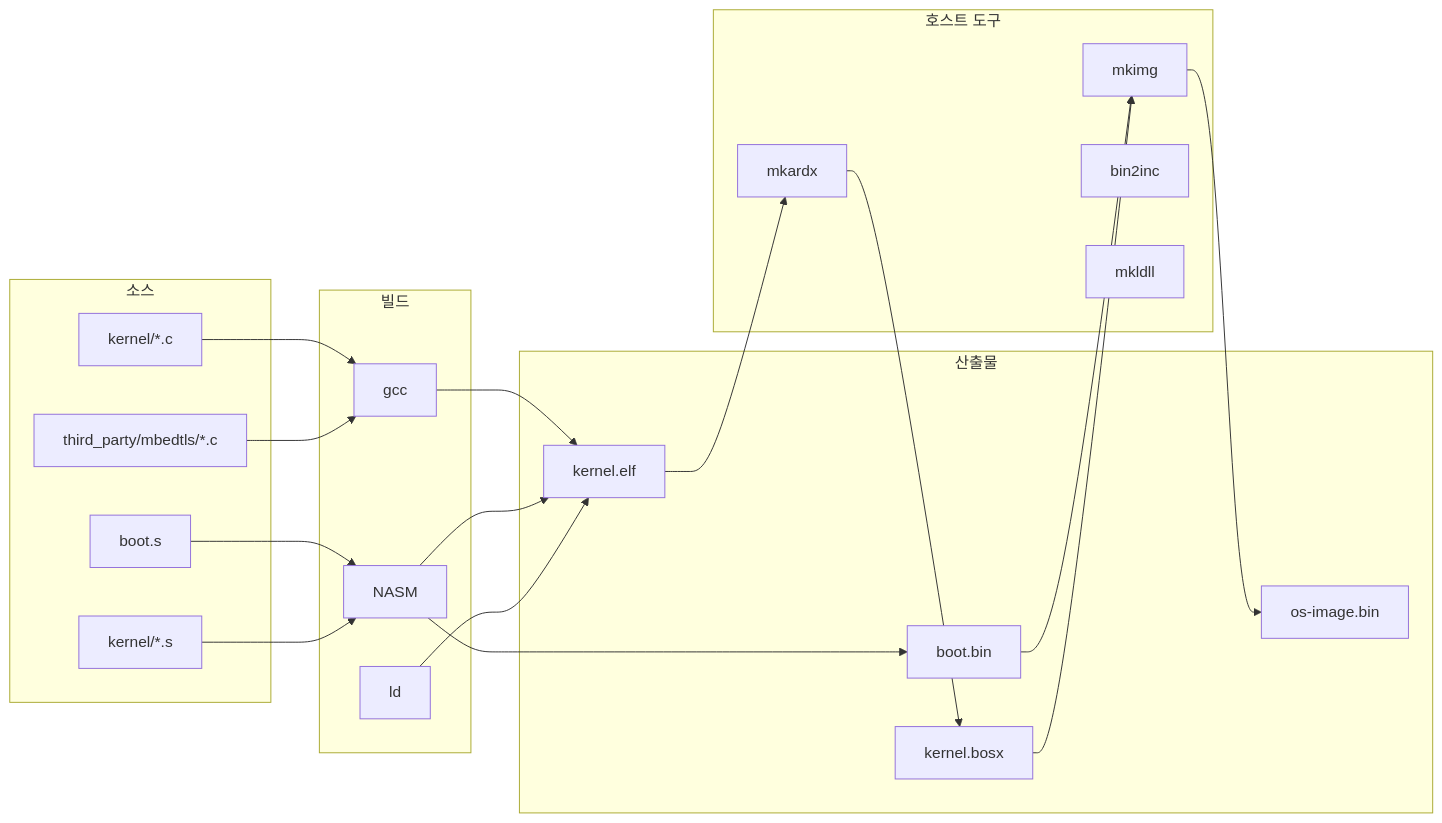
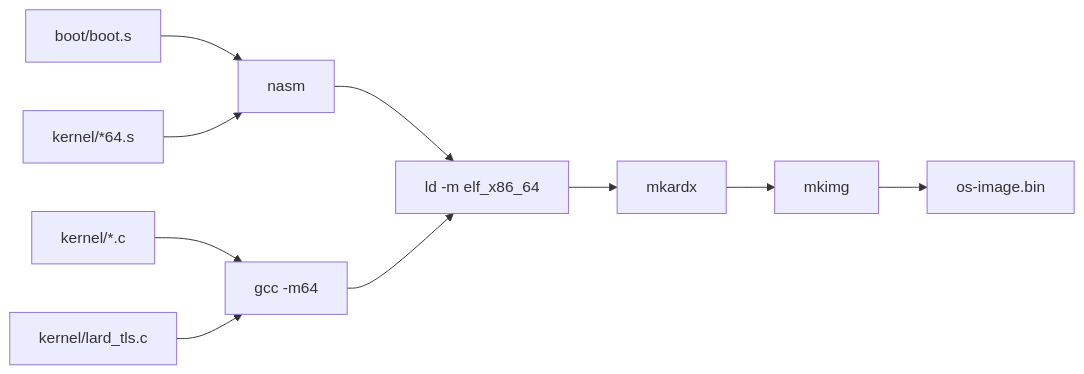
One commit to jgchoimd-web/lardos changed the third of 4 diagrams in os/ARCHITECTURE.md. Above: the diagram before and after it, drawn with Mermaid. The commit also changed other lines of this file and 982 other files, not shown here.

Commit message:
Make kernel TLS native and clarify 64-bit build

````diff
--- a/os/ARCHITECTURE.md
+++ b/os/ARCHITECTURE.md
@@ -104,41 +73,21 @@
 ```mermaid
 flowchart LR
-    subgraph Sources [소스]
-        BootS[boot.s]
-        KernelC[kernel/*.c]
-        KernelS[kernel/*.s]
-        MbedTLS[third_party/mbedtls/*.c]
-    end
+    BootS["boot/boot.s"]
+    KernelS["kernel/*64.s"]
+    KernelC["kernel/*.c"]
+    NativeTLS["kernel/lard_tls.c"]
+    NASM["nasm"]
+    GCC["gcc -m64"]
+    LD["ld -m elf_x86_64"]
+    MKARDX["mkardx"]
+    MKIMG["mkimg"]
+    Image["os-image.bin"]
 
-    subgraph Build [빌드]
-        NASM[NASM]
-        GCC[gcc]
-        LD[ld]
-    end
-
-    subgraph Outputs [산출물]
-        BootBin[boot.bin]
-        KernelElf[kernel.elf]
-        KernelBosx[kernel.bosx]
-        OsImage[os-image.bin]
-    end
-
-    subgraph Tools [호스트 도구]
-        MKARDX[mkardx]
-        MKIMG[mkimg]
-        BIN2INC[bin2inc]
-        MKLDLL[mkldll]
-    end
-
-    BootS --> NASM --> BootBin
+    BootS --> NASM
+    KernelS --> NASM
     KernelC --> GCC
-    KernelS --> NASM
-    MbedTLS --> GCC
-    GCC --> KernelElf
-    NASM --> KernelElf
-    LD --> KernelElf
-    KernelElf --> MKARDX --> KernelBosx
-    BootBin --> MKIMG
-    KernelBosx --> MKIMG
-    MKIMG --> OsImage
+    NativeTLS --> GCC
+    NASM --> LD
+    GCC --> LD
+    LD --> MKARDX --> MKIMG --> Image
 ```
````
